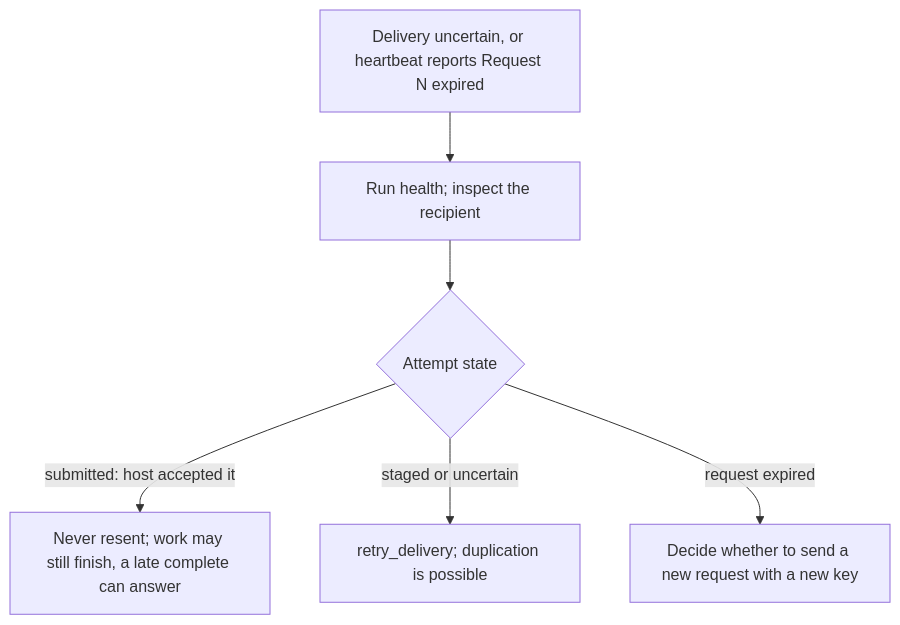
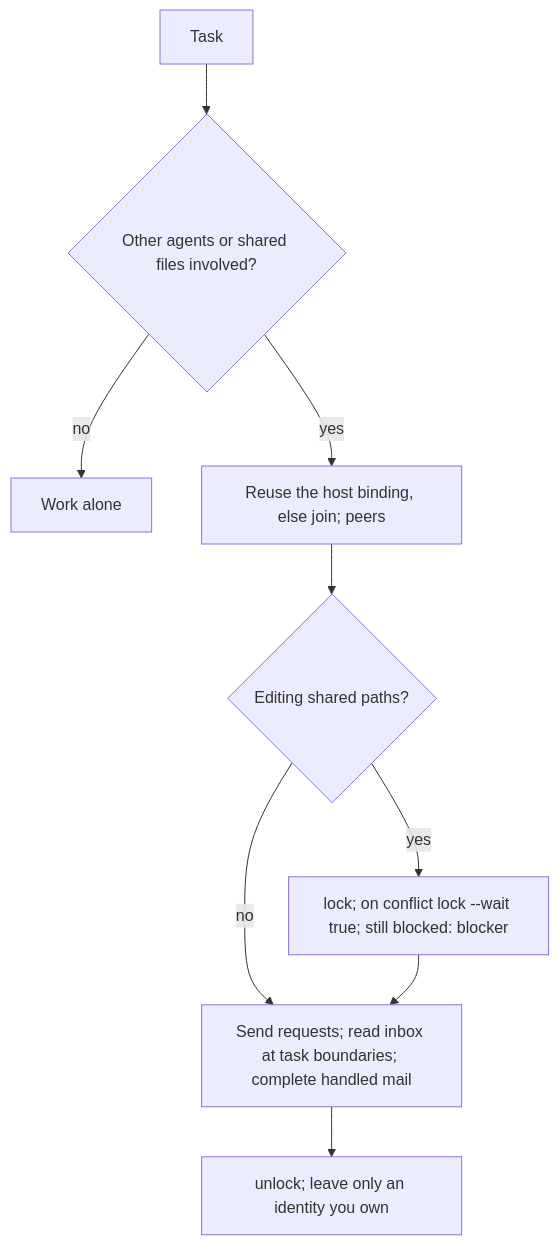
Before and after one commit to bgauryy/octocode-mcp: the diagram in skills/octocode-agents-communication/SKILL.md, drawn with Mermaid. The commit also changed other lines of this file and 839 other files, not shown here.

Commit message:
update flow

````diff
--- a/skills/octocode-agents-communication/SKILL.md
+++ b/skills/octocode-agents-communication/SKILL.md
@@ -66,8 +10,11 @@
 ```mermaid
 flowchart TD
-  S[Delivery uncertain, or heartbeat reports Request N expired] --> H[Run health; inspect the recipient]
-  H --> Q{Attempt state}
-  Q -- submitted: host accepted it --> N[Never resent; work may still finish, a late complete can answer]
-  Q -- staged or uncertain --> R[retry_delivery; duplication is possible]
-  Q -- request expired --> K[Decide whether to send a new request with a new key]
+  A[Task] --> B{Other agents or shared files involved?}
+  B -- no --> Z[Work alone]
+  B -- yes --> J[Reuse the host binding, else join; peers]
+  J --> E{Editing shared paths?}
+  E -- yes --> L[lock; on conflict lock --wait true; still blocked: blocker]
+  E -- no --> M[Send requests; read inbox at task boundaries; complete handled mail]
+  L --> M
+  M --> U[unlock; leave only an identity you own]
 ```
````
